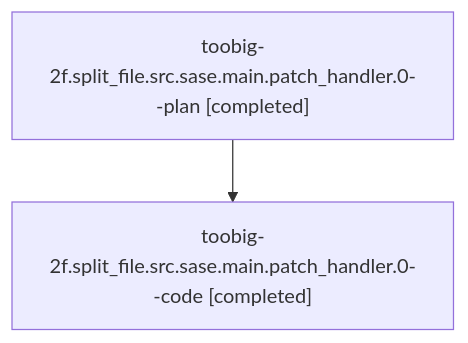
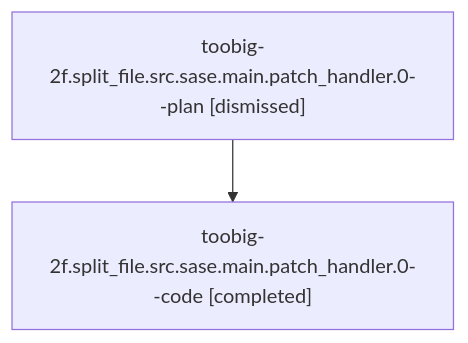
The diagram in families/bbugyi200.athena.toobig-2f.split_file.src.sase.main.patch_handler.0.md (sase-org/sase--agents), drawn with Mermaid before and after one commit. The commit also changed other lines of this file and 1973 other files, not shown here.

````diff
--- a/families/bbugyi200.athena.toobig-2f.split_file.src.sase.main.patch_handler.0.md
+++ b/families/bbugyi200.athena.toobig-2f.split_file.src.sase.main.patch_handler.0.md
@@ -9,6 +9,6 @@
 ```mermaid
 flowchart TD
-  n0["toobig-2f.split_file.src.sase.main.patch_handler.0--plan [completed]"]
+  n0["toobig-2f.split_file.src.sase.main.patch_handler.0--plan [dismissed]"]
   n1["toobig-2f.split_file.src.sase.main.patch_handler.0--code [completed]"]
   n0 --> n1
 ```
````
